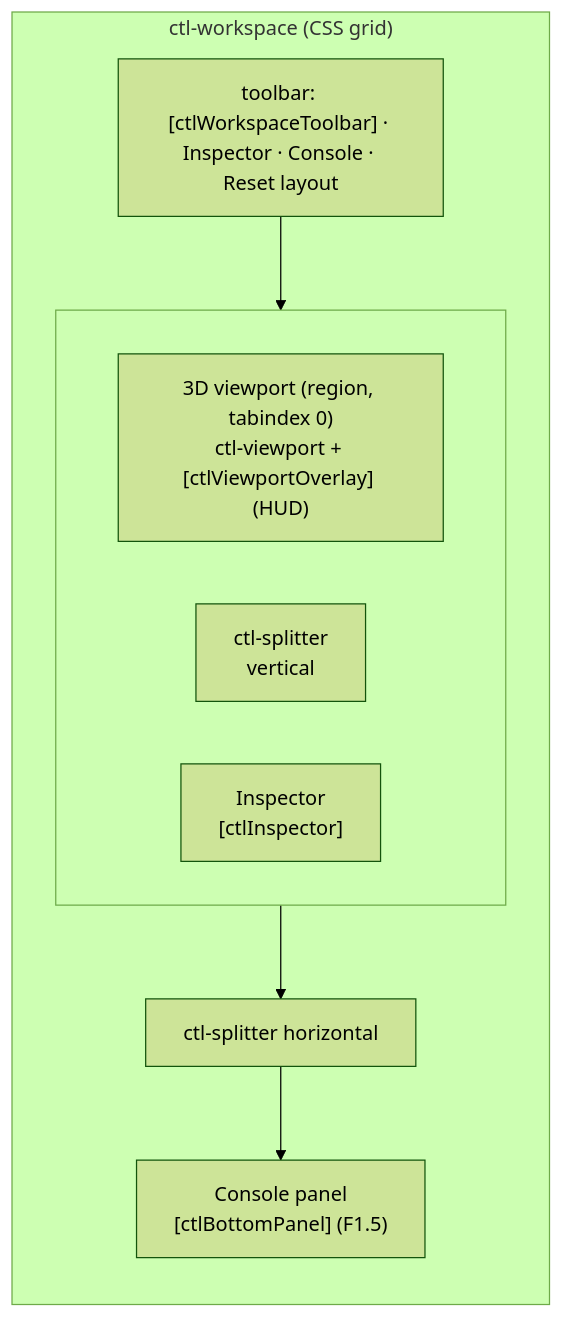
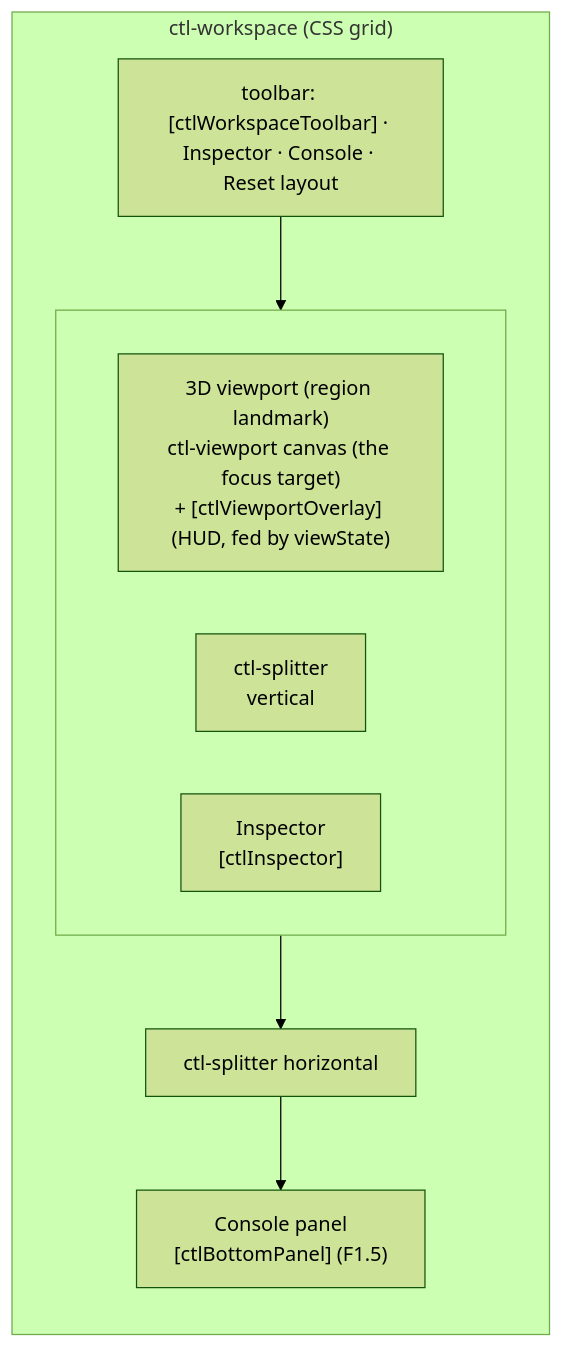
The third of 5 diagrams in docs/architecture/ui-shell.md (joebarbere/controls), drawn with Mermaid (forest theme) before and after one commit. The commit also changed other lines of this file and 54 other files, not shown here.

````diff
--- a/docs/architecture/ui-shell.md
+++ b/docs/architecture/ui-shell.md
@@ -58,16 +58,16 @@
 ```mermaid
 flowchart TB
     subgraph ws["ctl-workspace (CSS grid)"]
         direction TB
         TB["toolbar: [ctlWorkspaceToolbar] · Inspector · Console · Reset layout"]
         subgraph row[" "]
             direction LR
-            VP["3D viewport (region, tabindex 0)<br/>ctl-viewport + [ctlViewportOverlay] (HUD)"]
+            VP["3D viewport (region landmark)<br/>ctl-viewport canvas (the focus target)<br/>+ [ctlViewportOverlay] (HUD, fed by viewState)"]
             VS["ctl-splitter<br/>vertical"]
             INS["Inspector<br/>[ctlInspector]"]
         end
         HS["ctl-splitter horizontal"]
         BOT["Console panel<br/>[ctlBottomPanel] (F1.5)"]
     end
     TB --> row --> HS --> BOT
 ```
````
